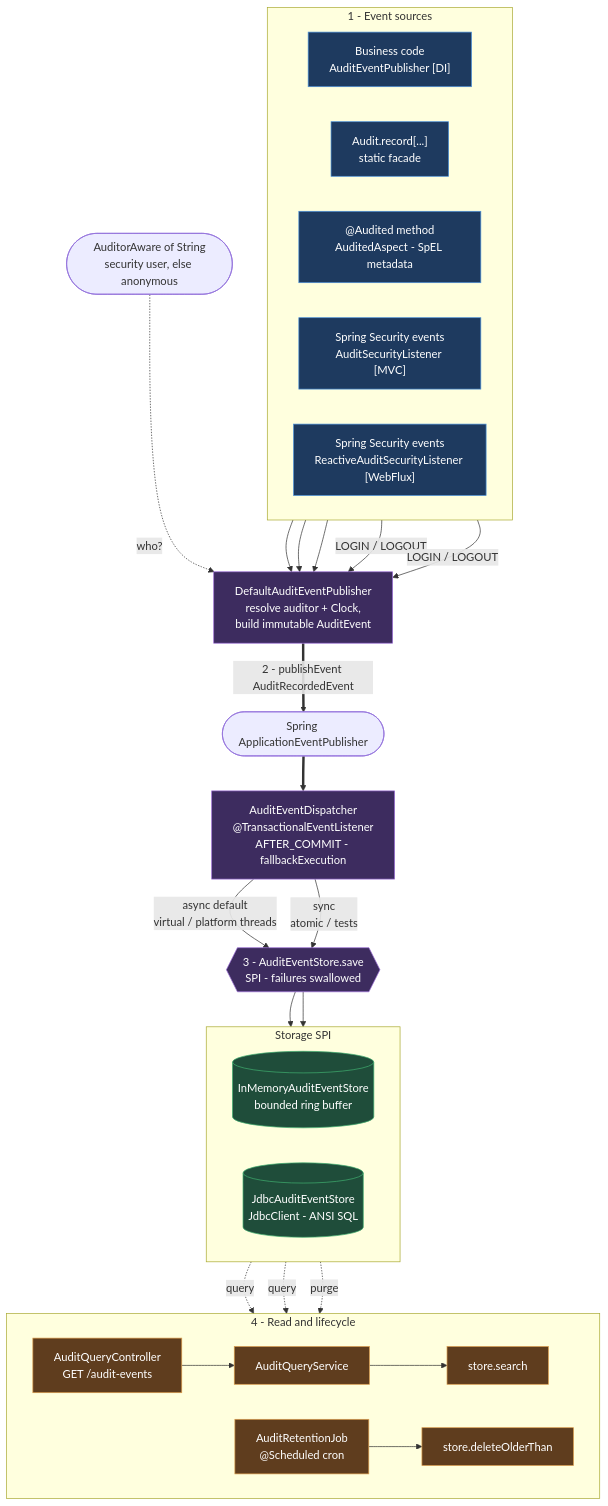
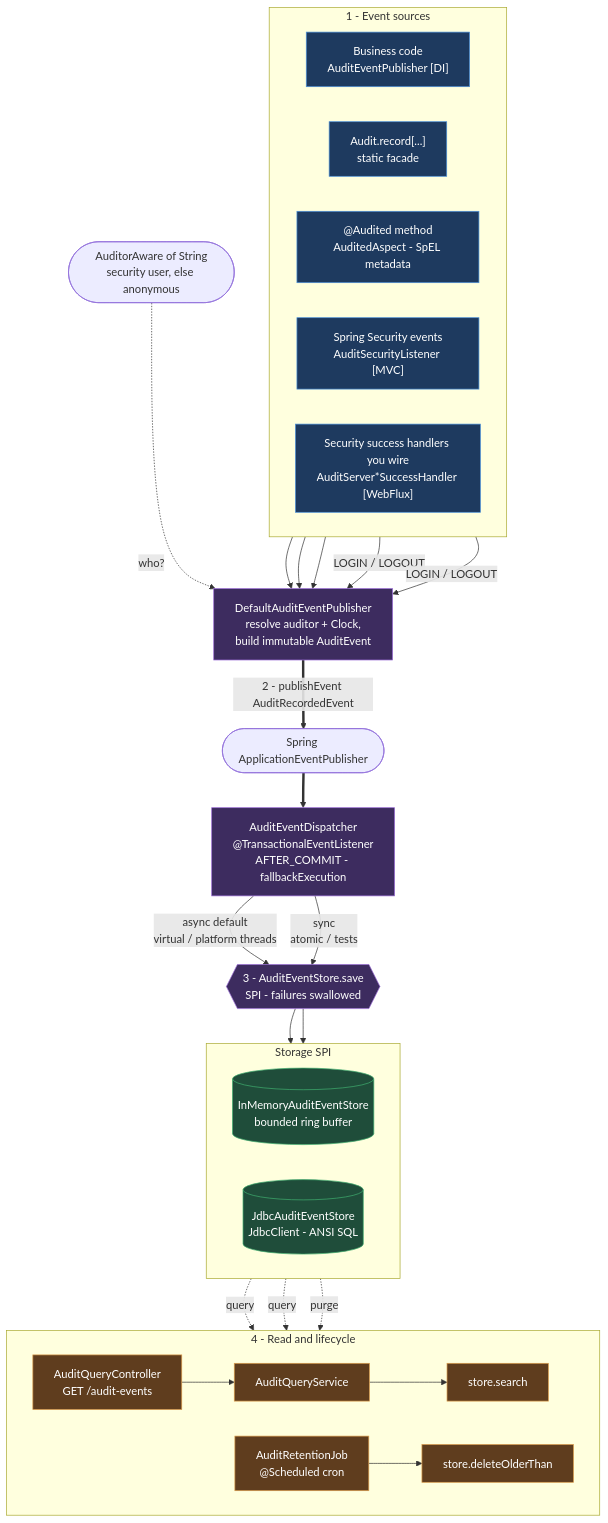
One commit to YaroslavYarmoshyk/audit-events changed the diagram in README.md. Above: the diagram before and after it, drawn with Mermaid. The commit also changed other lines of this file and 24 other files, not shown here.

````diff
--- a/README.md
+++ b/README.md
@@ -27,56 +24,56 @@
 ```mermaid
 flowchart TB
     subgraph sources["1 - Event sources"]
         direction LR
         DI["Business code<br/>AuditEventPublisher [DI]"]
         Static["Audit.record[...]<br/>static facade"]
         Anno["@Audited method<br/>AuditedAspect - SpEL metadata"]
         SecMvc["Spring Security events<br/>AuditSecurityListener [MVC]"]
-        SecFlux["Spring Security events<br/>ReactiveAuditSecurityListener [WebFlux]"]
+        SecFlux["Security success handlers you wire<br/>AuditServer*SuccessHandler [WebFlux]"]
     end
 
     Auditor(["AuditorAware of String<br/>security user, else anonymous"])
     Pub["DefaultAuditEventPublisher<br/>resolve auditor + Clock,<br/>build immutable AuditEvent"]
 
     DI --> Pub
     Static --> Pub
     Anno --> Pub
     SecMvc -->|"LOGIN / LOGOUT"| Pub
     SecFlux -->|"LOGIN / LOGOUT"| Pub
     Auditor -. who? .-> Pub
 
     Pub ==>|"2 - publishEvent AuditRecordedEvent"| Bus(["Spring ApplicationEventPublisher"])
 
     Bus ==> Disp["AuditEventDispatcher<br/>@TransactionalEventListener<br/>AFTER_COMMIT - fallbackExecution"]
 
     Disp -->|"async default<br/>virtual / platform threads"| Save
     Disp -->|"sync<br/>atomic / tests"| Save
     Save{{"3 - AuditEventStore.save<br/>SPI - failures swallowed"}}
 
     subgraph stores["Storage SPI"]
         direction LR
         InMem[("InMemoryAuditEventStore<br/>bounded ring buffer")]
         Jdbc[("JdbcAuditEventStore<br/>JdbcClient - ANSI SQL")]
     end
     Save --> InMem
     Save --> Jdbc
 
     subgraph read["4 - Read and lifecycle"]
         direction LR
         Api["AuditQueryController<br/>GET /audit-events"] --> QSvc["AuditQueryService"] --> Search["store.search"]
         Ret["AuditRetentionJob<br/>@Scheduled cron"] --> Del["store.deleteOlderThan"]
     end
 
     InMem -. query .-> Search
     Jdbc -. query .-> Search
     Jdbc -. purge .-> Del
 
     classDef src fill:#1e3a5f,stroke:#4a90d9,color:#fff;
     classDef core fill:#3d2c5f,stroke:#9b6dd6,color:#fff;
     classDef store fill:#1f4d3a,stroke:#3fae6f,color:#fff;
     classDef lifecycle fill:#5f3d1e,stroke:#d99a4a,color:#fff;
     class DI,Static,Anno,SecMvc,SecFlux src;
     class Pub,Disp,Save core;
     class InMem,Jdbc store;
     class Api,QSvc,Search,Ret,Del lifecycle;
 ```
````
